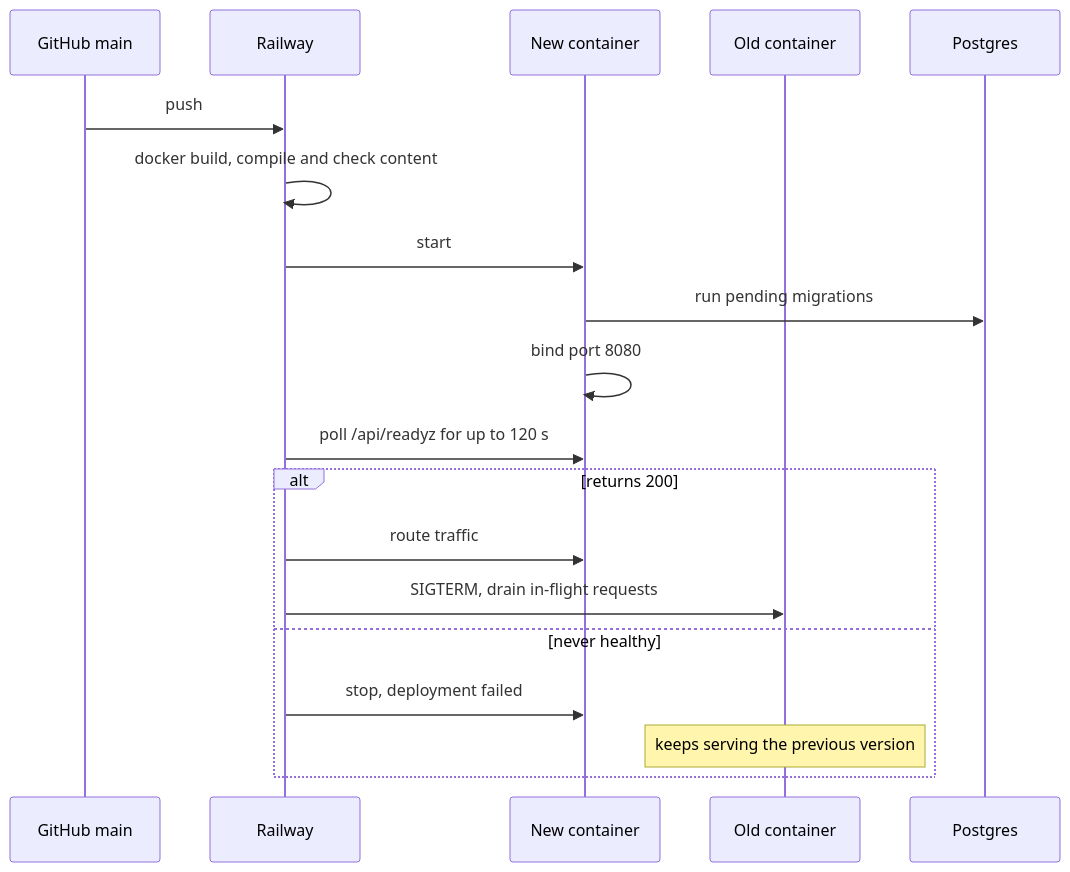
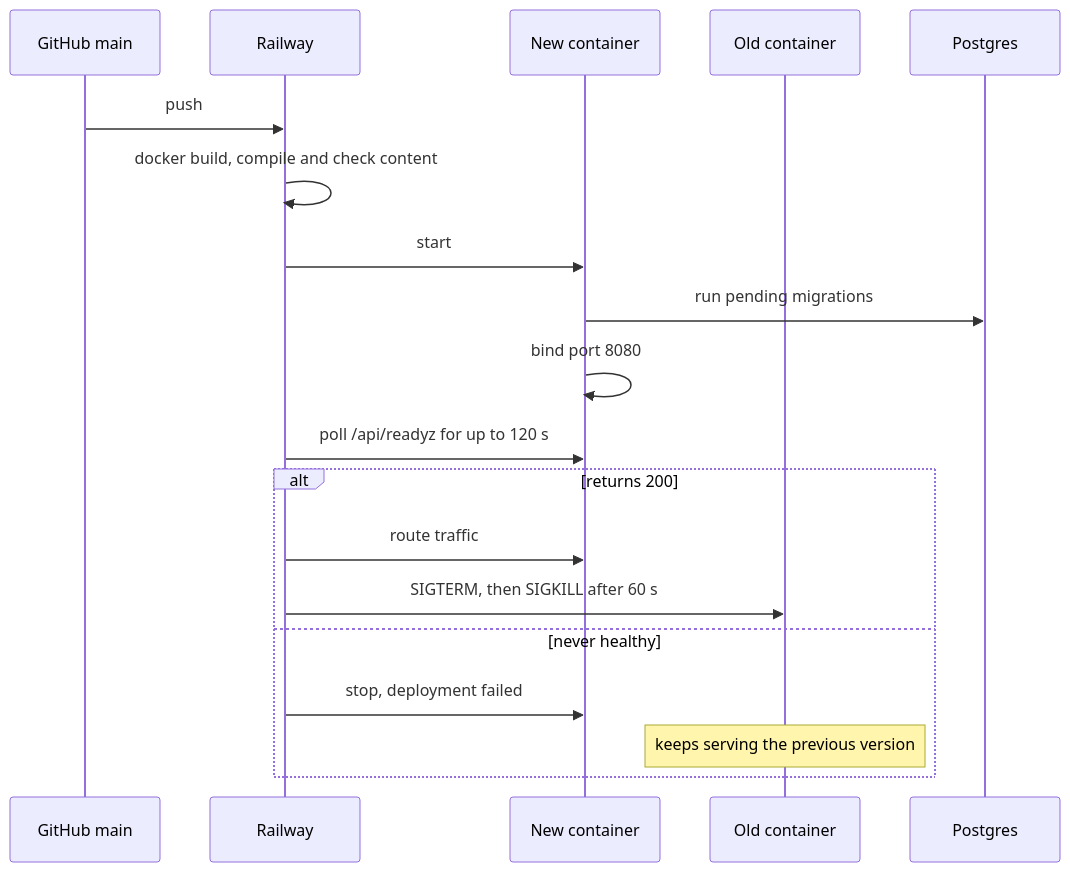
Before and after one commit to thull32/ascend: the diagram in content/tracks/14-case-study-ascend/03-shipping/02-build-and-deploy.md, drawn with Mermaid. The commit also changed other lines of this file and 28 other files, not shown here.

````diff
--- a/content/tracks/14-case-study-ascend/03-shipping/02-build-and-deploy.md
+++ b/content/tracks/14-case-study-ascend/03-shipping/02-build-and-deploy.md
@@ -197,21 +230,21 @@
 ```mermaid
 sequenceDiagram
   participant G as GitHub main
   participant R as Railway
   participant N as New container
   participant O as Old container
   participant PG as Postgres
   G->>R: push
   R->>R: docker build, compile and check content
   R->>N: start
   N->>PG: run pending migrations
   N->>N: bind port 8080
   R->>N: poll /api/readyz for up to 120 s
   alt returns 200
     R->>N: route traffic
-    R->>O: SIGTERM, drain in-flight requests
+    R->>O: SIGTERM, then SIGKILL after 60 s
   else never healthy
     R->>N: stop, deployment failed
     Note over O: keeps serving the previous version
   end
 ```
````
